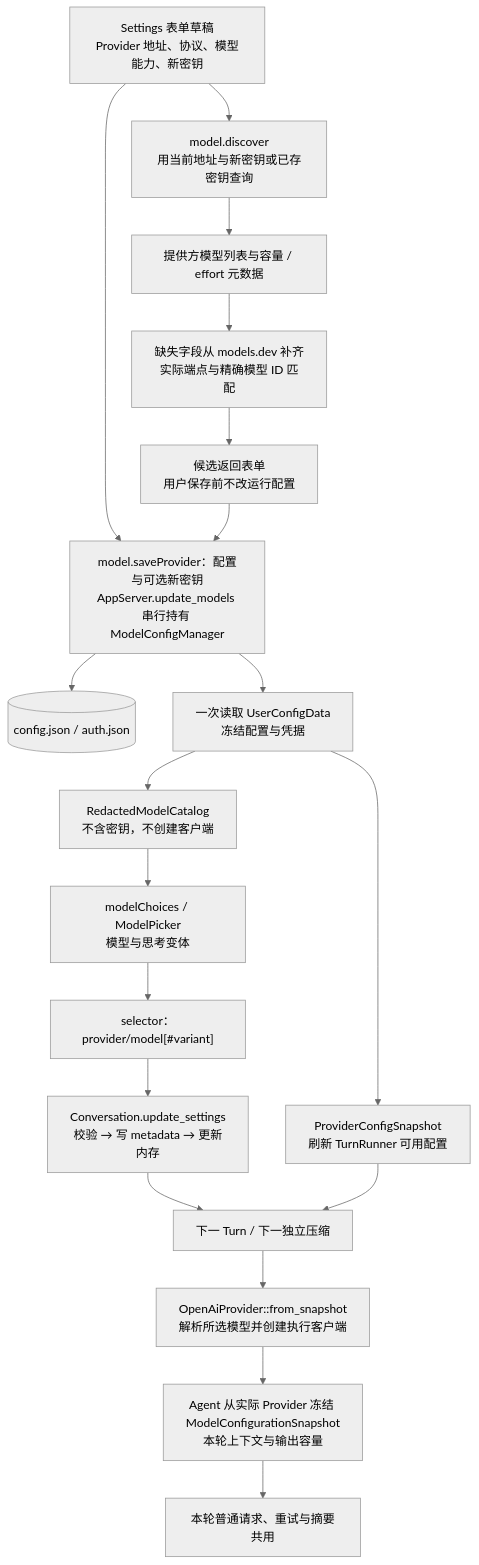
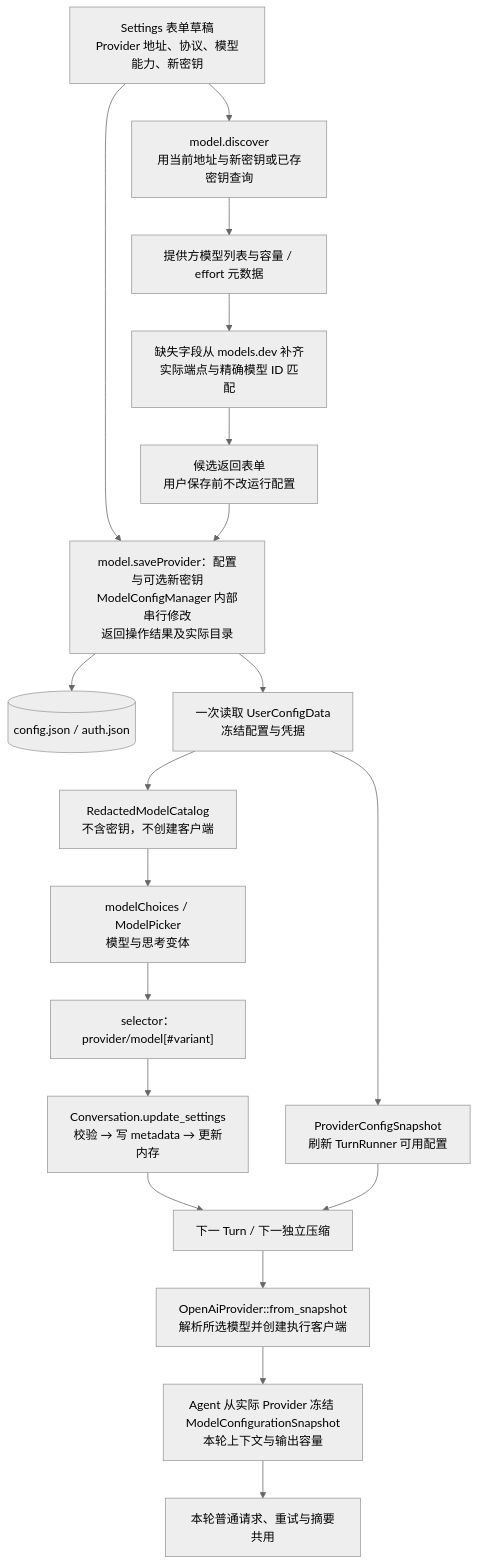
Diagram 18 of 29 in docs/architecture.md (qjcnmd/singularity-agent), drawn with Mermaid (neutral theme) before and after one commit. The commit also changed other lines of this file and 38 other files, not shown here.

````diff
--- a/docs/architecture.md
+++ b/docs/architecture.md
@@ -509,21 +509,21 @@
 ```mermaid
 flowchart TB
     Form["Settings 表单草稿<br/>Provider 地址、协议、模型能力、新密钥"] --> Discover["model.discover<br/>用当前地址与新密钥或已存密钥查询"]
     Discover --> Remote["提供方模型列表与容量 / effort 元数据"]
     Remote --> Missing["缺失字段从 models.dev 补齐<br/>实际端点与精确模型 ID 匹配"]
     Missing --> Candidates["候选返回表单<br/>用户保存前不改运行配置"]
-    Form --> Save["model.saveProvider：配置与可选新密钥<br/>AppServer.update_models 串行持有 ModelConfigManager"]
+    Form --> Save["model.saveProvider：配置与可选新密钥<br/>ModelConfigManager 内部串行修改<br/>返回操作结果及实际目录"]
     Candidates --> Save
     Save --> Disk[("config.json / auth.json")]
     Save --> Parsed["一次读取 UserConfigData<br/>冻结配置与凭据"]
     Parsed --> ProviderSnapshot["ProviderConfigSnapshot<br/>刷新 TurnRunner 可用配置"]
     Parsed --> Catalog["RedactedModelCatalog<br/>不含密钥，不创建客户端"]
     Catalog --> Picker["modelChoices / ModelPicker<br/>模型与思考变体"]
     Picker --> Selector["selector：provider/model[#variant]"]
     Selector --> Settings["Conversation.update_settings<br/>校验 → 写 metadata → 更新内存"]
     Settings --> Next["下一 Turn / 下一独立压缩"]
     ProviderSnapshot --> Next
     Next --> Factory["OpenAiProvider::from_snapshot<br/>解析所选模型并创建执行客户端"]
     Factory --> Frozen["Agent 从实际 Provider 冻结 ModelConfigurationSnapshot<br/>本轮上下文与输出容量"]
     Frozen --> Requests["本轮普通请求、重试与摘要共用"]
 ```
````
